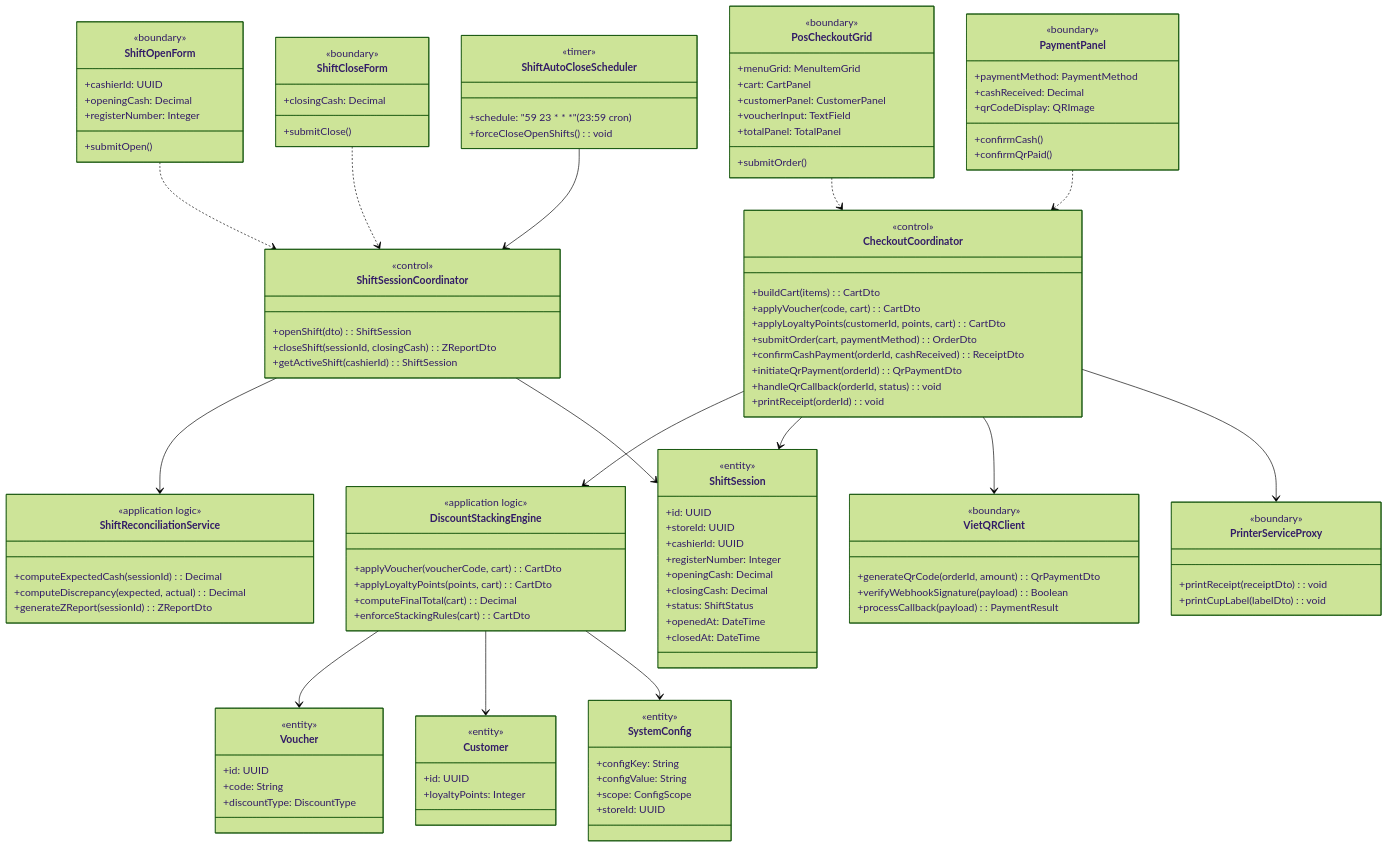
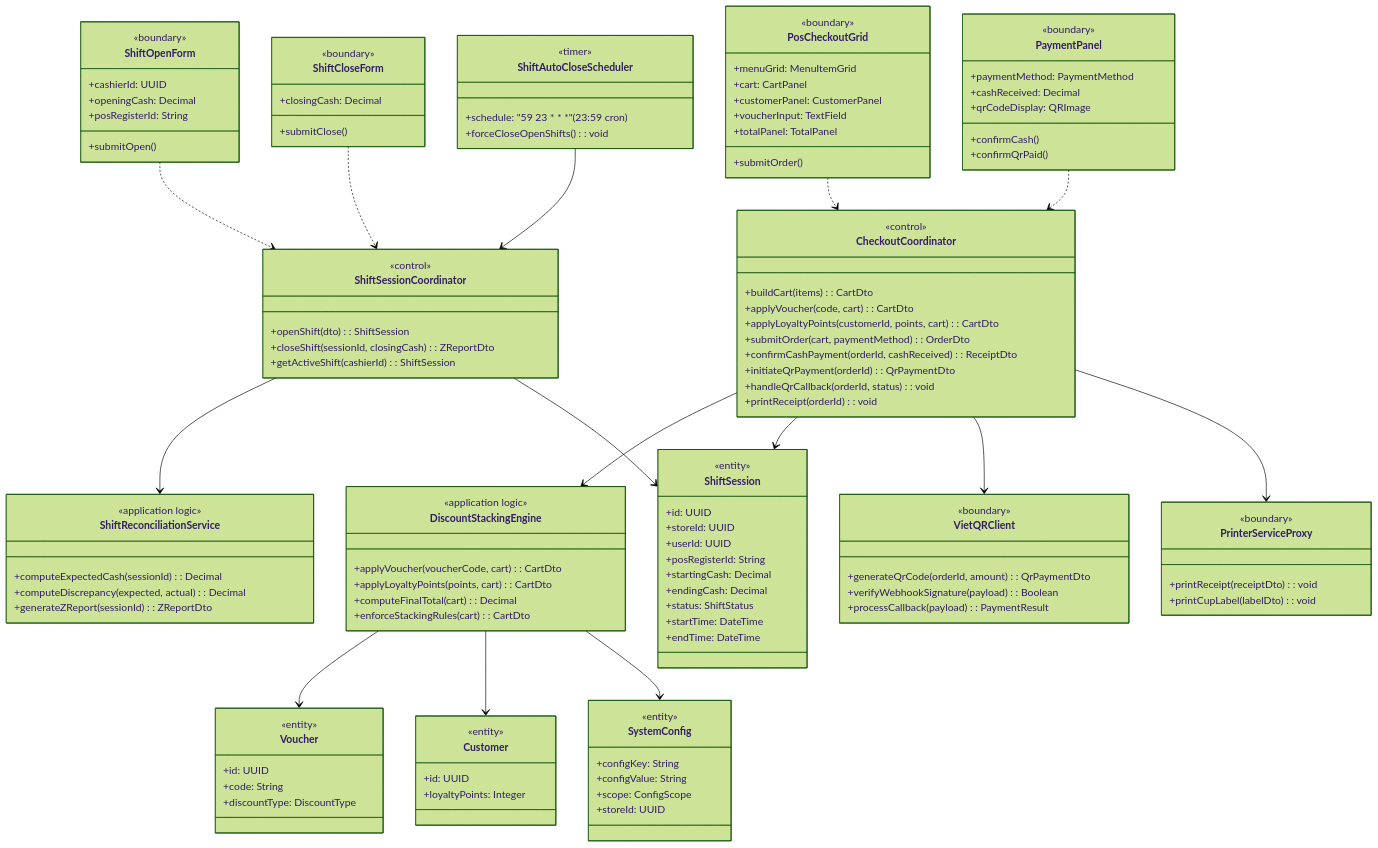
One commit to Shaichi/Khoga_coffe_shop changed the first of 6 diagrams in rds_sections/10_detailed_3_7_pos_transaction.md. Above: the diagram before and after it, drawn with Mermaid (forest theme). The commit also changed other lines of this file and 15 other files, not shown here.

```diff
--- a/rds_sections/10_detailed_3_7_pos_transaction.md
+++ b/rds_sections/10_detailed_3_7_pos_transaction.md
@@ -12,7 +12,7 @@
         <<boundary>>
         +cashierId: UUID
         +openingCash: Decimal
-        +registerNumber: Integer
+        +posRegisterId: String
         +submitOpen()
     }
     class PosCheckoutGrid {
@@ -78,13 +78,13 @@
         <<entity>>
         +id: UUID
         +storeId: UUID
-        +cashierId: UUID
-        +registerNumber: Integer
-        +openingCash: Decimal
-        +closingCash: Decimal
+        +userId: UUID
+        +posRegisterId: String
+        +startingCash: Decimal
+        +endingCash: Decimal
         +status: ShiftStatus
-        +openedAt: DateTime
-        +closedAt: DateTime
+        +startTime: DateTime
+        +endTime: DateTime
     }
     class VietQRClient {
         <<boundary>>
```
